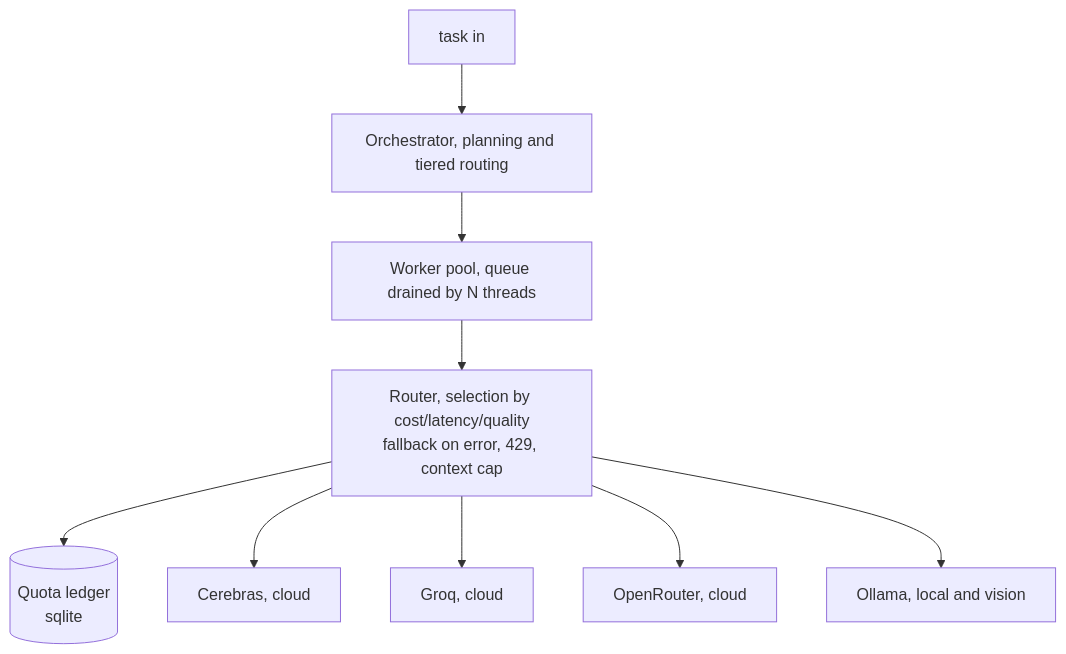
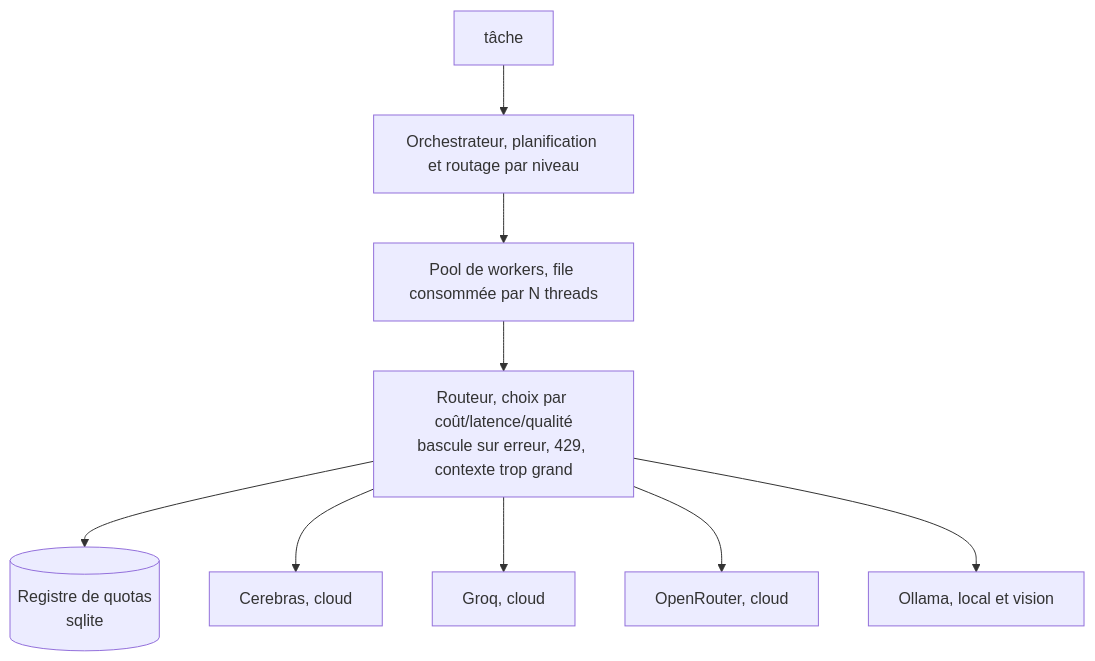
The diagram in README.md (sofianealhoz/LLMaestro), drawn with Mermaid before and after one commit. The commit also changed other lines of this file, not shown here.

````diff
--- a/README.md
+++ b/README.md
@@ -42,11 +37,11 @@
 ```mermaid
 flowchart TD
-    task["task in"] --> orch["Orchestrator, planning and tiered routing"]
-    orch --> pool["Worker pool, queue drained by N threads"]
-    pool --> router["Router, selection by cost/latency/quality<br/>fallback on error, 429, context cap"]
-    router --> ledger[("Quota ledger<br/>sqlite")]
+    task["tâche"] --> orch["Orchestrateur, planification et routage par niveau"]
+    orch --> pool["Pool de workers, file consommée par N threads"]
+    pool --> router["Routeur, choix par coût/latence/qualité<br/>bascule sur erreur, 429, contexte trop grand"]
+    router --> ledger[("Registre de quotas<br/>sqlite")]
     router --> cerebras["Cerebras, cloud"]
     router --> groq["Groq, cloud"]
     router --> openrouter["OpenRouter, cloud"]
-    router --> ollama["Ollama, local and vision"]
+    router --> ollama["Ollama, local et vision"]
 ```
````
